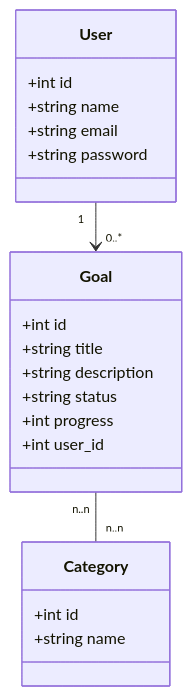
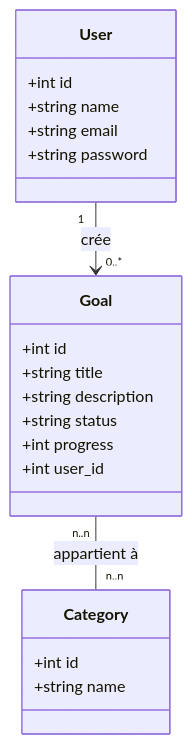
One commit to abdelhaymallouli/Goals-Tracker changed the diagram in README.md. Above: the diagram before and after it, drawn with Mermaid.

Commit message:
docs: Add French relationship descriptions to README.

````diff
--- a/README.md
+++ b/README.md
@@ -81,28 +81,28 @@
 ```mermaid
 classDiagram
     class User {
         +int id
         +string name
         +string email
         +string password
     }
 
     class Goal {
         +int id
         +string title
         +string description
         +string status
         +int progress
         +int user_id
     }
 
     class Category {
         +int id
         +string name
     }
 
 
 
-    User "1" --> "0..*" Goal : 
-    Goal "n..n" -- "n..n" Category : 
+    User "1" --> "0..*" Goal : crée
+    Goal "n..n" -- "n..n" Category : appartient à
 ```
````
